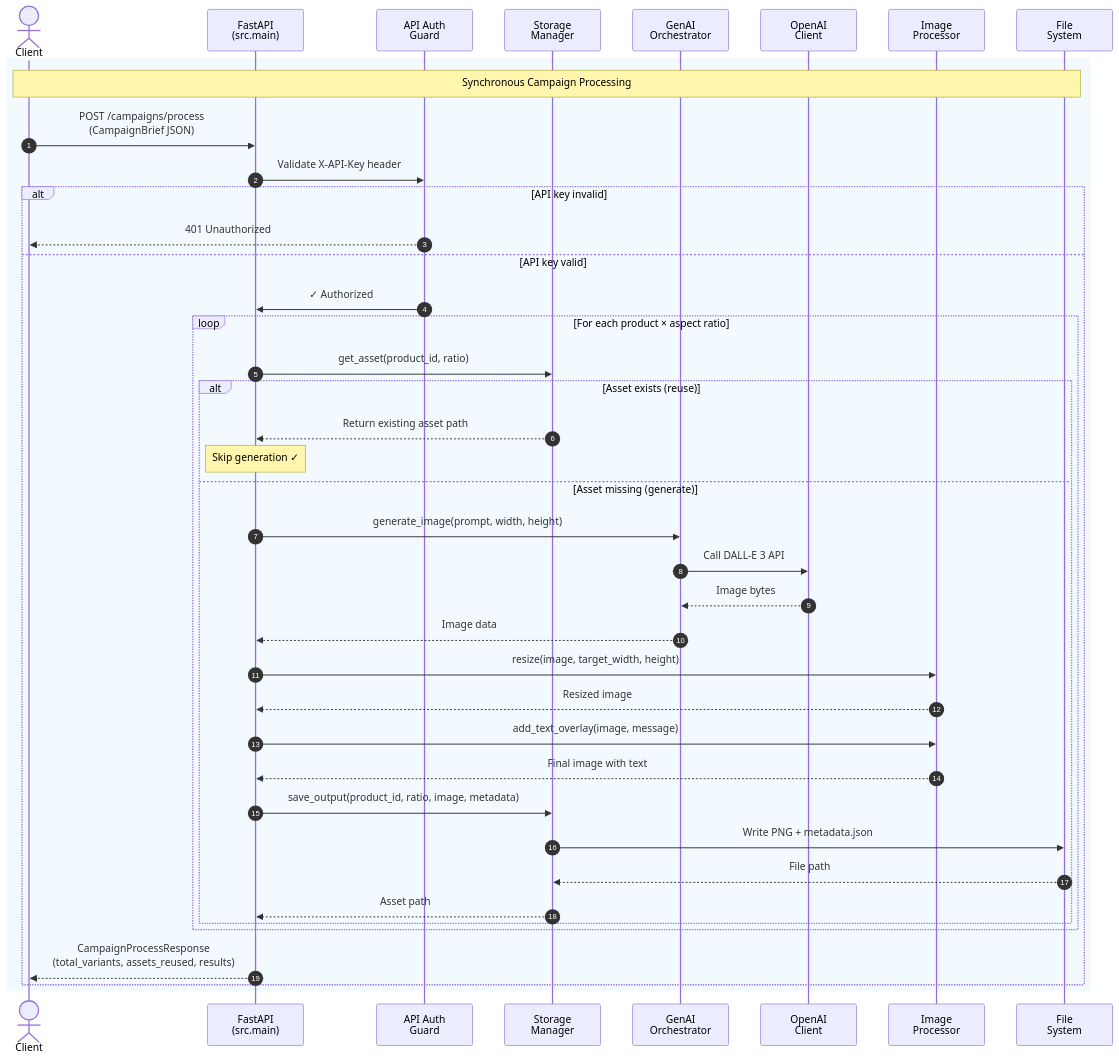
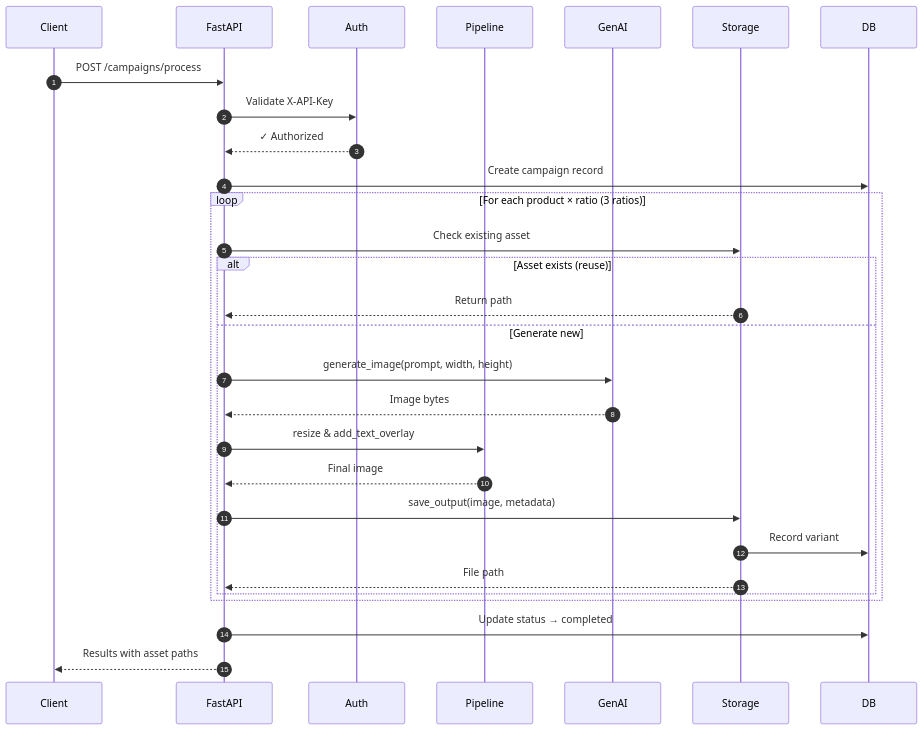
One commit to sharan1303/creative-ai changed the second of 5 diagrams in README.md. Above: the diagram before and after it, drawn with Mermaid. The commit also changed other lines of this file and 7 other files, not shown here.

First line of the commit message:
chore(docs): Update README and add new documentation files for API reference and architecture

````diff
--- a/README.md
+++ b/README.md
@@ -211,52 +337,35 @@
 ```mermaid
 sequenceDiagram
     autonumber
-    actor Client
-    participant FastAPI as FastAPI<br/>(src.main)
-    participant Auth as API Auth<br/>Guard
-    participant Storage as Storage<br/>Manager
-    participant Orch as GenAI<br/>Orchestrator
-    participant OpenAI as OpenAI<br/>Client
-    participant Proc as Image<br/>Processor
-    participant FS as File<br/>System
+    participant Client
+    participant FastAPI
+    participant Auth
+    participant Pipeline
+    participant GenAI
+    participant Storage
+    participant DB
 
-    rect rgba(220,240,255,0.35)
-    Note over Client,FS: Synchronous Campaign Processing
+    Client->>FastAPI: POST /campaigns/process
+    FastAPI->>Auth: Validate X-API-Key
+    Auth-->>FastAPI: ✓ Authorized
     
-    Client->>FastAPI: POST /campaigns/process<br/>(CampaignBrief JSON)
-    FastAPI->>Auth: Validate X-API-Key header
+    FastAPI->>DB: Create campaign record
     
-    alt API key invalid
-        Auth-->>Client: 401 Unauthorized
-    else API key valid
-        Auth->>FastAPI: ✓ Authorized
-        
-        loop For each product × aspect ratio
-            FastAPI->>Storage: get_asset(product_id, ratio)
-            
-            alt Asset exists (reuse)
-                Storage-->>FastAPI: Return existing asset path
-                Note over FastAPI: Skip generation ✓
-            else Asset missing (generate)
-                FastAPI->>Orch: generate_image(prompt, width, height)
-                Orch->>OpenAI: Call DALL-E 3 API
-                OpenAI-->>Orch: Image bytes
-                Orch-->>FastAPI: Image data
-                
-                FastAPI->>Proc: resize(image, target_width, height)
-                Proc-->>FastAPI: Resized image
-                
-                FastAPI->>Proc: add_text_overlay(image, message)
-                Proc-->>FastAPI: Final image with text
-                
-                FastAPI->>Storage: save_output(product_id, ratio, image, metadata)
-                Storage->>FS: Write PNG + metadata.json
-                FS-->>Storage: File path
-                Storage-->>FastAPI: Asset path
-            end
+    loop For each product × ratio (3 ratios)
+        FastAPI->>Storage: Check existing asset
+        alt Asset exists (reuse)
+            Storage-->>FastAPI: Return path
+        else Generate new
+            FastAPI->>GenAI: generate_image(prompt, width, height)
+            GenAI-->>FastAPI: Image bytes
+            FastAPI->>Pipeline: resize & add_text_overlay
+            Pipeline-->>FastAPI: Final image
+            FastAPI->>Storage: save_output(image, metadata)
+            Storage->>DB: Record variant
+            Storage-->>FastAPI: File path
         end
-        
-        FastAPI-->>Client: CampaignProcessResponse<br/>(total_variants, assets_reused, results)
     end
-    end
+    
+    FastAPI->>DB: Update status → completed
+    FastAPI-->>Client: Results with asset paths
 ```
````
